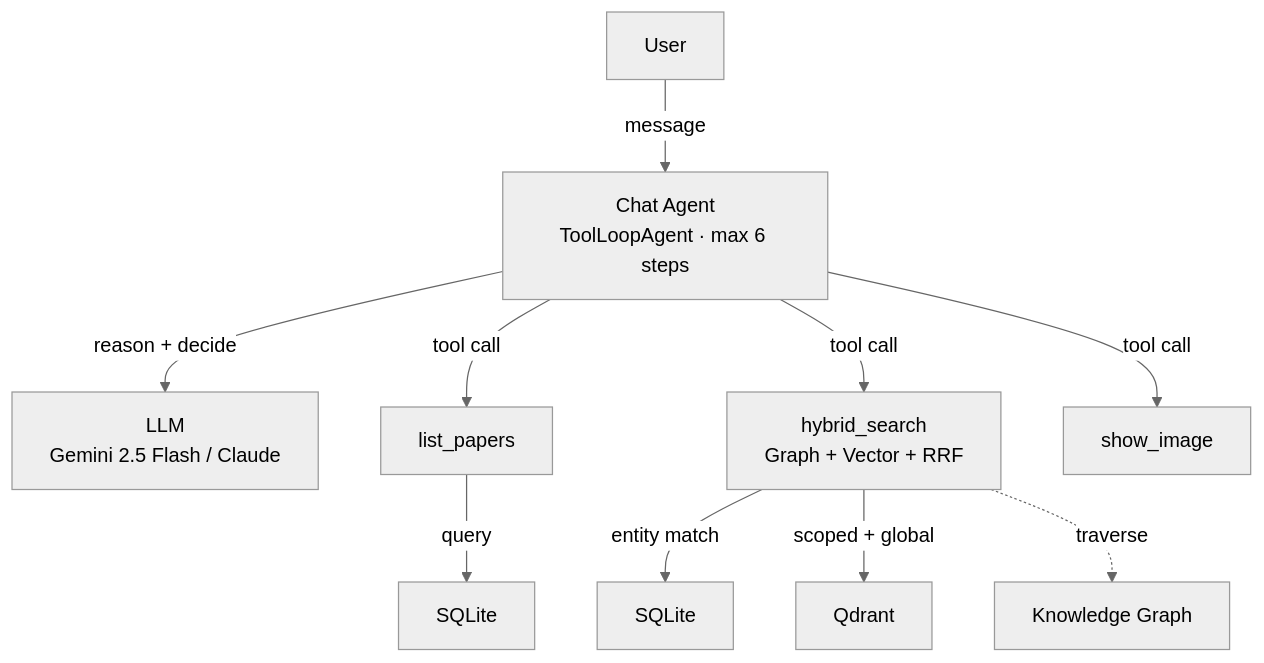
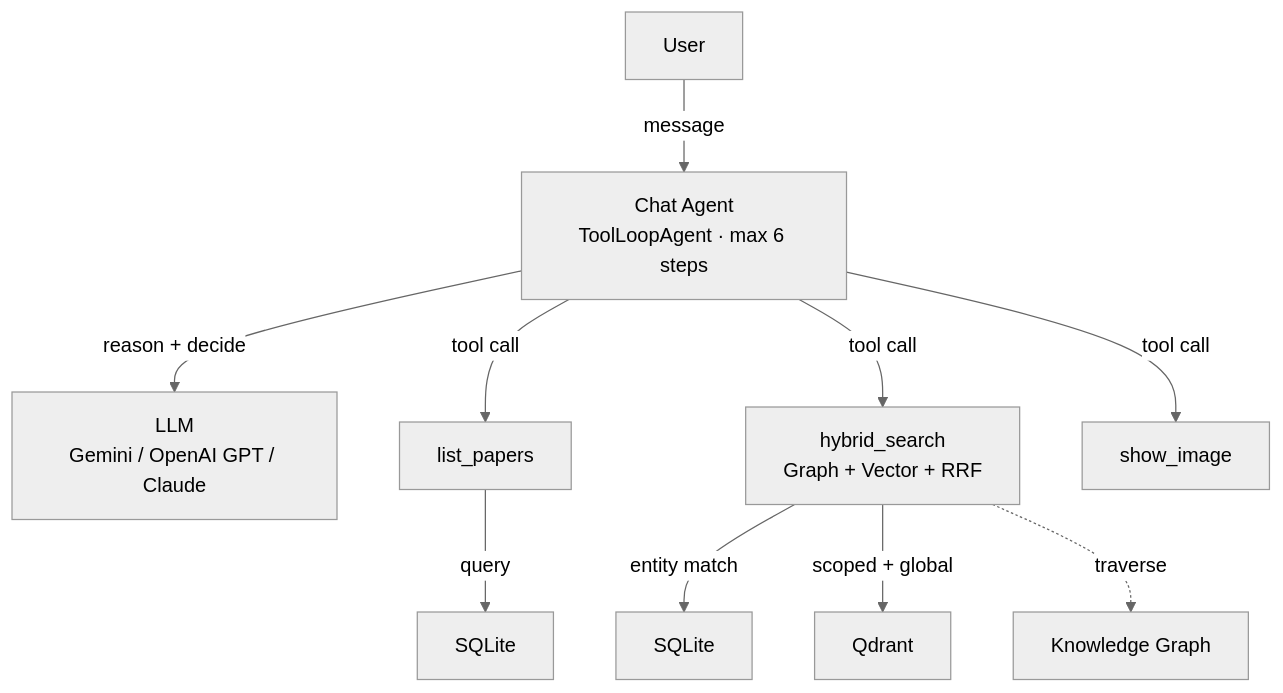
Before and after one commit to hminle/research-owl: the third of 5 diagrams in README.md, drawn with Mermaid (neutral theme). The commit also changed other lines of this file and 1 other file, not shown here.

````diff
--- a/README.md
+++ b/README.md
@@ -62,14 +76,14 @@
 ```mermaid
 graph TD
     User["User"] -->|message| Agent["Chat Agent<br/>ToolLoopAgent · max 6 steps"]
-    Agent -->|reason + decide| LLM["LLM<br/>Gemini 2.5 Flash / Claude"]
+    Agent -->|reason + decide| LLM["LLM<br/>Gemini / OpenAI GPT / Claude"]
 
     Agent -->|tool call| ListPapers["list_papers"]
     Agent -->|tool call| HybridSearch["hybrid_search<br/>Graph + Vector + RRF"]
     Agent -->|tool call| ShowImage["show_image"]
 
     ListPapers -->|query| SQLite1["SQLite"]
     HybridSearch -->|entity match| SQLite2["SQLite"]
     HybridSearch -->|scoped + global| Qdrant["Qdrant"]
     HybridSearch -.->|traverse| Graph["Knowledge Graph"]
 ```
````
